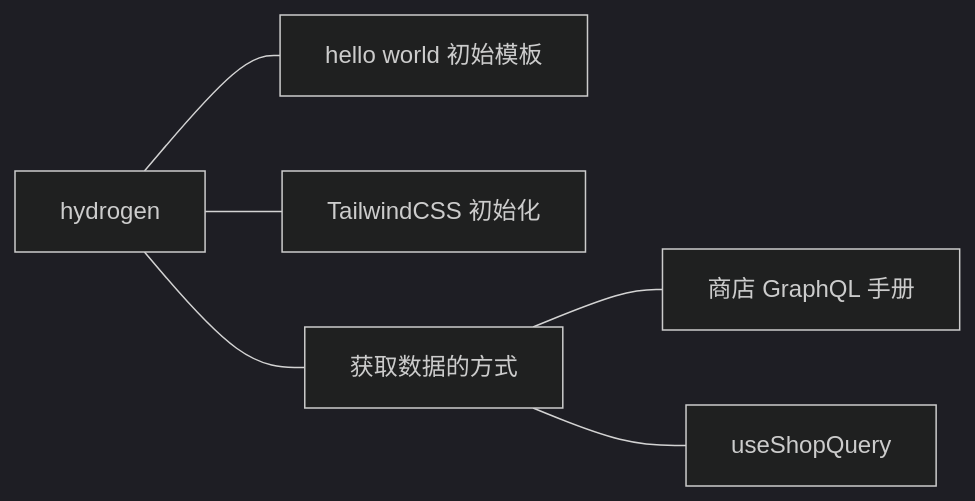
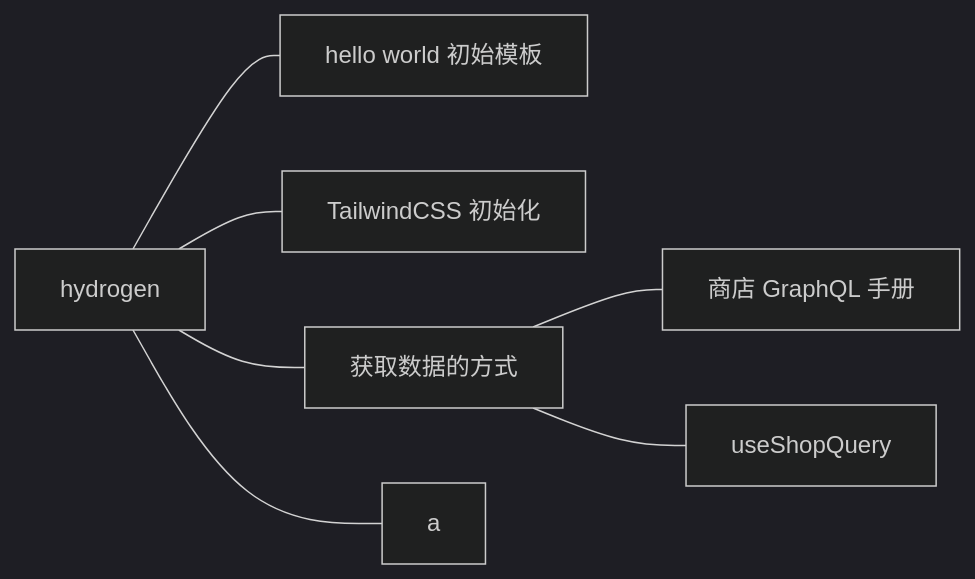
One commit to TransonQ/hydrogen-starter changed the diagram in README.md. Above: the diagram before and after it, drawn with Mermaid (dark theme). The commit also changed other lines of this file and 2 other files, not shown here.

````diff
--- a/README.md
+++ b/README.md
@@ -5,8 +5,9 @@
 ```mermaid
 flowchart LR
   hydrogen --- H[hello world 初始模板]
   hydrogen --- T[TailwindCSS 初始化]
   hydrogen --- fetch[获取数据的方式]
   fetch --- fa[商店 GraphQL 手册]
   fetch --- fb[useShopQuery]
+  hydrogen --- a
 ```
````
